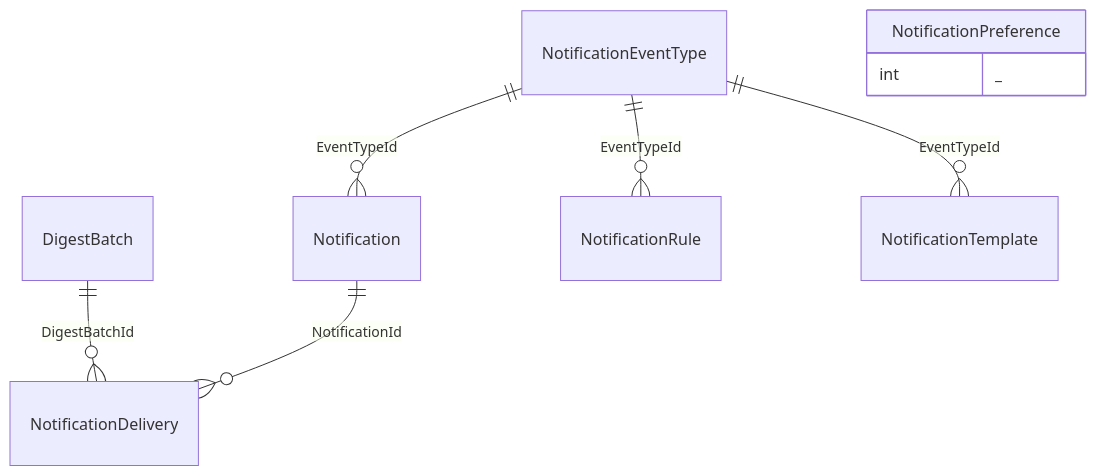
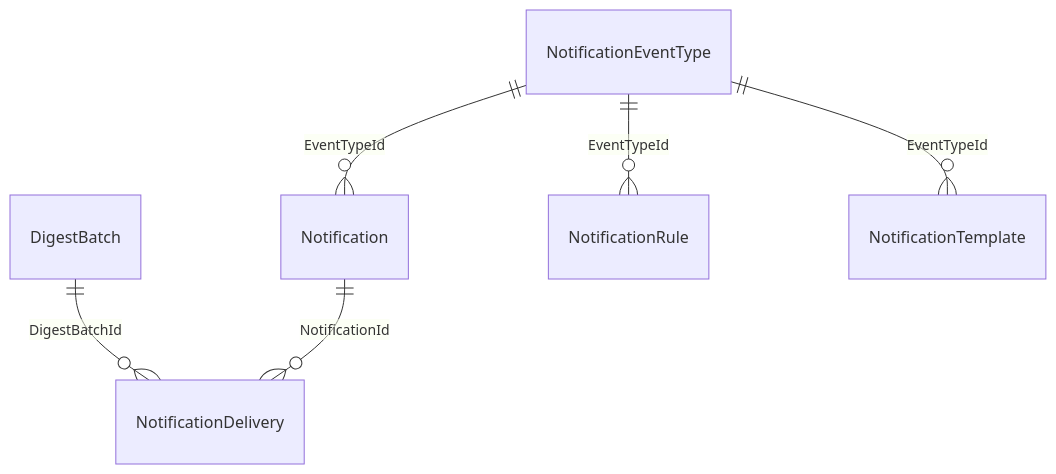
Diagram 19 of 20 in treasury-platform/docs/22-erd-by-schema.md (thawrasy/smartlines), drawn with Mermaid before and after one commit. The commit also changed other lines of this file and 38 other files, not shown here.

First line of the commit message:
Embed ERD, isolation, access-role and lifecycle diagrams in the database design document (v0.2)

````diff
--- a/treasury-platform/docs/22-erd-by-schema.md
+++ b/treasury-platform/docs/22-erd-by-schema.md
@@ -633,9 +606,8 @@
 ```mermaid
 erDiagram
   DigestBatch ||--o{ NotificationDelivery : "DigestBatchId"
   Notification ||--o{ NotificationDelivery : "NotificationId"
   NotificationEventType ||--o{ Notification : "EventTypeId"
   NotificationEventType ||--o{ NotificationRule : "EventTypeId"
   NotificationEventType ||--o{ NotificationTemplate : "EventTypeId"
-  NotificationPreference { int _ }
 ```
````
